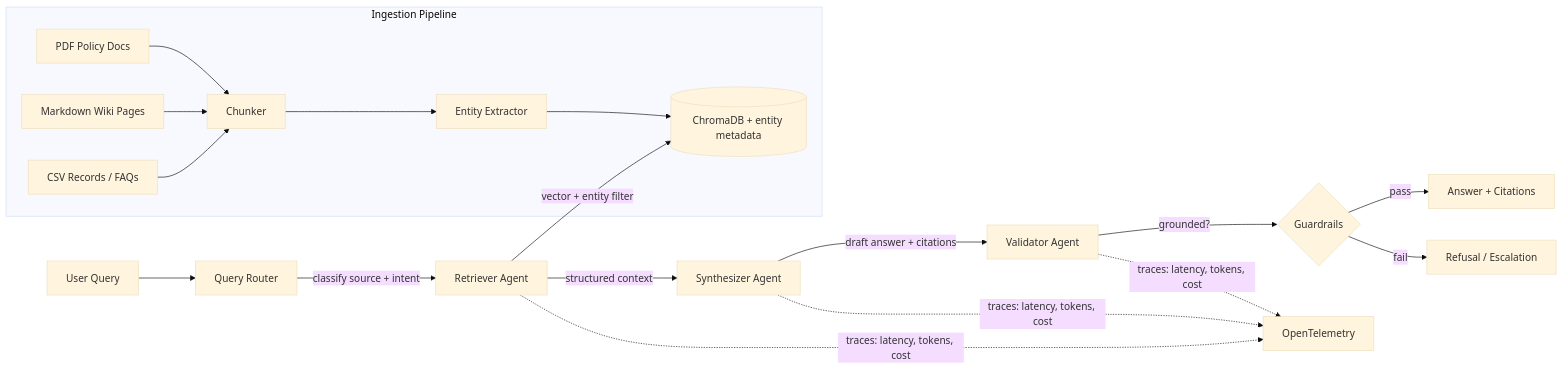
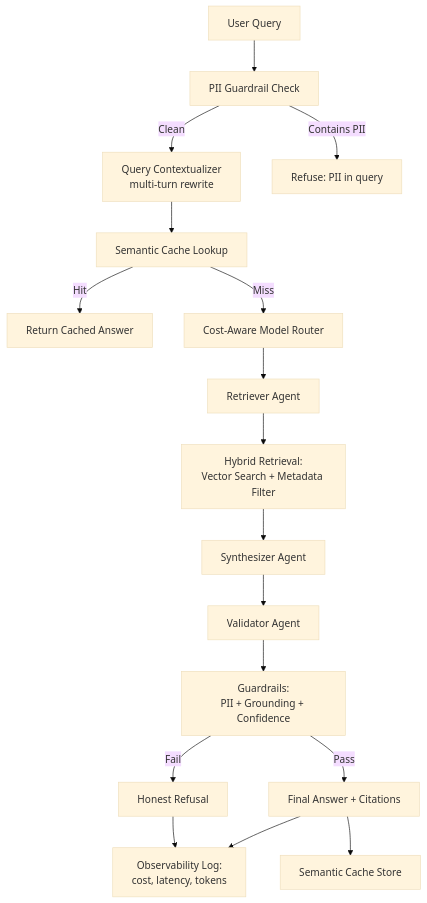
One commit to Apoo3va/doctrust changed the diagram in README.md. Above: the diagram before and after it, drawn with Mermaid (base theme). The commit also changed other lines of this file, not shown here.

````diff
--- a/README.md
+++ b/README.md
@@ -28,21 +26,19 @@
 ```mermaid
-flowchart LR
-    U[User Query] --> QR[Query Router]
-    QR -->|classify source + intent| RET[Retriever Agent]
-    RET -->|vector + entity filter| DB[(ChromaDB + entity metadata)]
-    RET -->|structured context| SYN[Synthesizer Agent]
-    SYN -->|draft answer + citations| VAL[Validator Agent]
-    VAL -->|grounded?| G{Guardrails}
-    G -->|pass| OUT[Answer + Citations]
-    G -->|fail| REF[Refusal / Escalation]
-
-    subgraph Ingestion Pipeline
-        PDF[PDF Policy Docs] --> CH[Chunker]
-        MD[Markdown Wiki Pages] --> CH
-        CSV[CSV Records / FAQs] --> CH
-        CH --> EE[Entity Extractor]
-        EE --> DB
-    end
-
-    RET & SYN & VAL -.->|traces: latency, tokens, cost| OT[OpenTelemetry]
+flowchart TD
+    A[User Query] --> B[PII Guardrail Check]
+    B -->|Clean| C[Query Contextualizer<br/>multi-turn rewrite]
+    B -->|Contains PII| Z[Refuse: PII in query]
+    C --> D[Semantic Cache Lookup]
+    D -->|Hit| Y[Return Cached Answer]
+    D -->|Miss| E[Cost-Aware Model Router]
+    E --> F[Retriever Agent]
+    F --> G[Hybrid Retrieval:<br/>Vector Search + Metadata Filter]
+    G --> H[Synthesizer Agent]
+    H --> I[Validator Agent]
+    I --> J[Guardrails:<br/>PII + Grounding + Confidence]
+    J -->|Pass| K[Final Answer + Citations]
+    J -->|Fail| L[Honest Refusal]
+    K --> M[Observability Log:<br/>cost, latency, tokens]
+    L --> M
+    K --> N[Semantic Cache Store]
 ```
````
